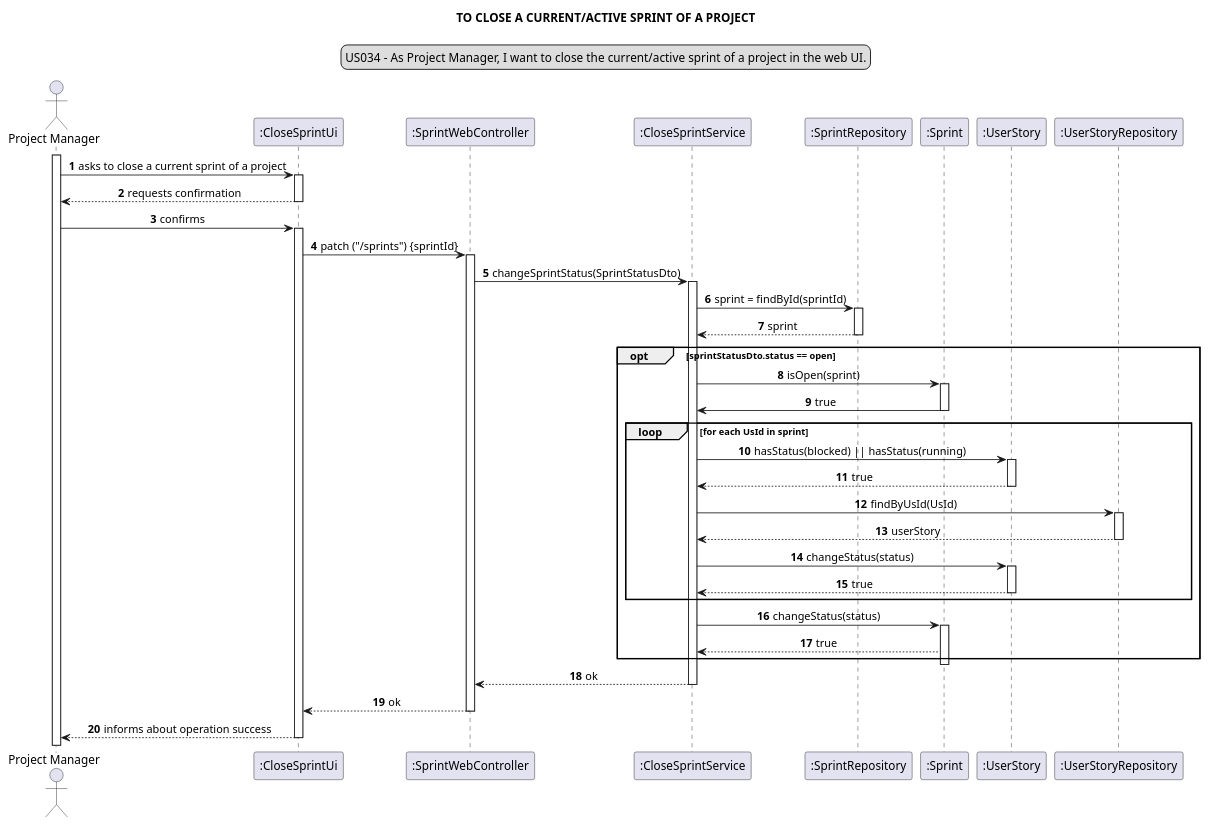
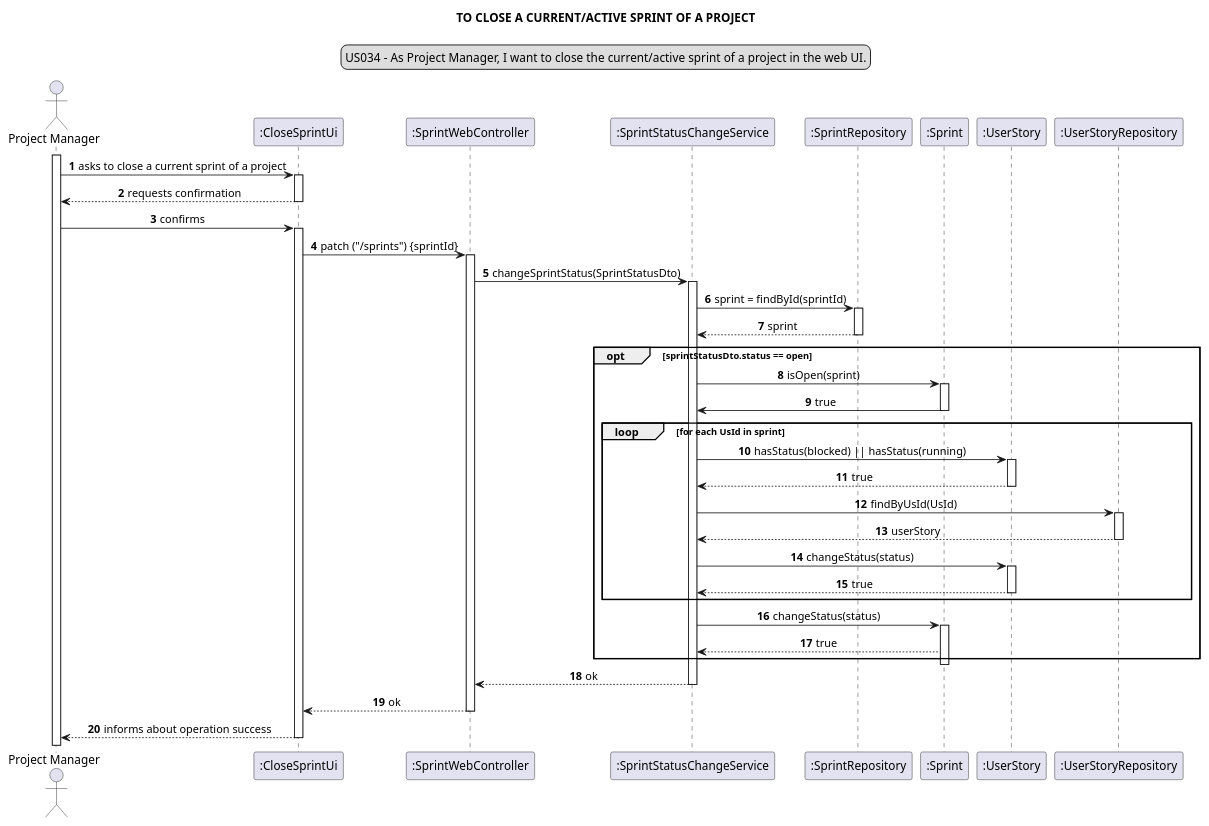
Before and after one commit to Loracline/project_switch_22-23: the diagram in docs/modelling_design/user_stories/sprint07/us034/US034_sequenceDiagram.puml, drawn with PlantUML. The commit also changed 1 other file, not shown here.

Commit message:
US034: development: added SprintStatusChangeService and small corrections to sequence diagram. references #648 and #646

```diff
--- a/docs/modelling_design/user_stories/sprint07/us034/US034_sequenceDiagram.puml
+++ b/docs/modelling_design/user_stories/sprint07/us034/US034_sequenceDiagram.puml
@@ -1,66 +1,66 @@
 @startuml
 skinparam sequenceMessageAlign center
 title TO CLOSE A CURRENT/ACTIVE SPRINT OF A PROJECT
 legend top
 US034 - As Project Manager, I want to close the current/active sprint of a project in the web UI.
 end legend
 autonumber
 
 actor "Project Manager"
 participant ":CloseSprintUi" as ui
 participant ":SprintWebController" as controller
-participant ":CloseSprintService" as service
+participant ":SprintStatusChangeService" as service
 participant ":SprintRepository" as sprintRepo
 participant ":Sprint" as sprint
 participant ":UserStory" as us
 participant ":UserStoryRepository" as usRepo
 
 activate "Project Manager"
 "Project Manager" -> ui: asks to close a current sprint of a project
 activate ui
 ui --> "Project Manager": requests confirmation
 deactivate ui
 "Project Manager" -> ui: confirms
 activate ui
 ui -> controller: patch ("/sprints") {sprintId}
 activate controller
 controller -> service: changeSprintStatus(SprintStatusDto)
 activate service
 service -> sprintRepo: sprint = findById(sprintId)
 activate sprintRepo
 sprintRepo --> service: sprint
 deactivate sprintRepo
 opt sprintStatusDto.status == open
 
 service -> sprint: isOpen(sprint)
 activate sprint
 sprint -> service: true
 deactivate sprint
 
 loop for each UsId in sprint
 service -> us: hasStatus(blocked) || hasStatus(running)
 activate us
 us --> service: true
 deactivate us
 service -> usRepo: findByUsId(UsId)
 activate usRepo
 usRepo --> service: userStory
 deactivate usRepo
 service -> us: changeStatus(status)
 activate us
 us --> service: true
 deactivate us
 end loop
 service -> sprint: changeStatus(status)
 activate sprint
 sprint --> service: true
 end opt
 deactivate sprint
 service --> controller: ok
 deactivate service
 controller --> ui: ok
 deactivate controller
 ui --> "Project Manager": informs about operation success
 deactivate ui
 
 @enduml
```
